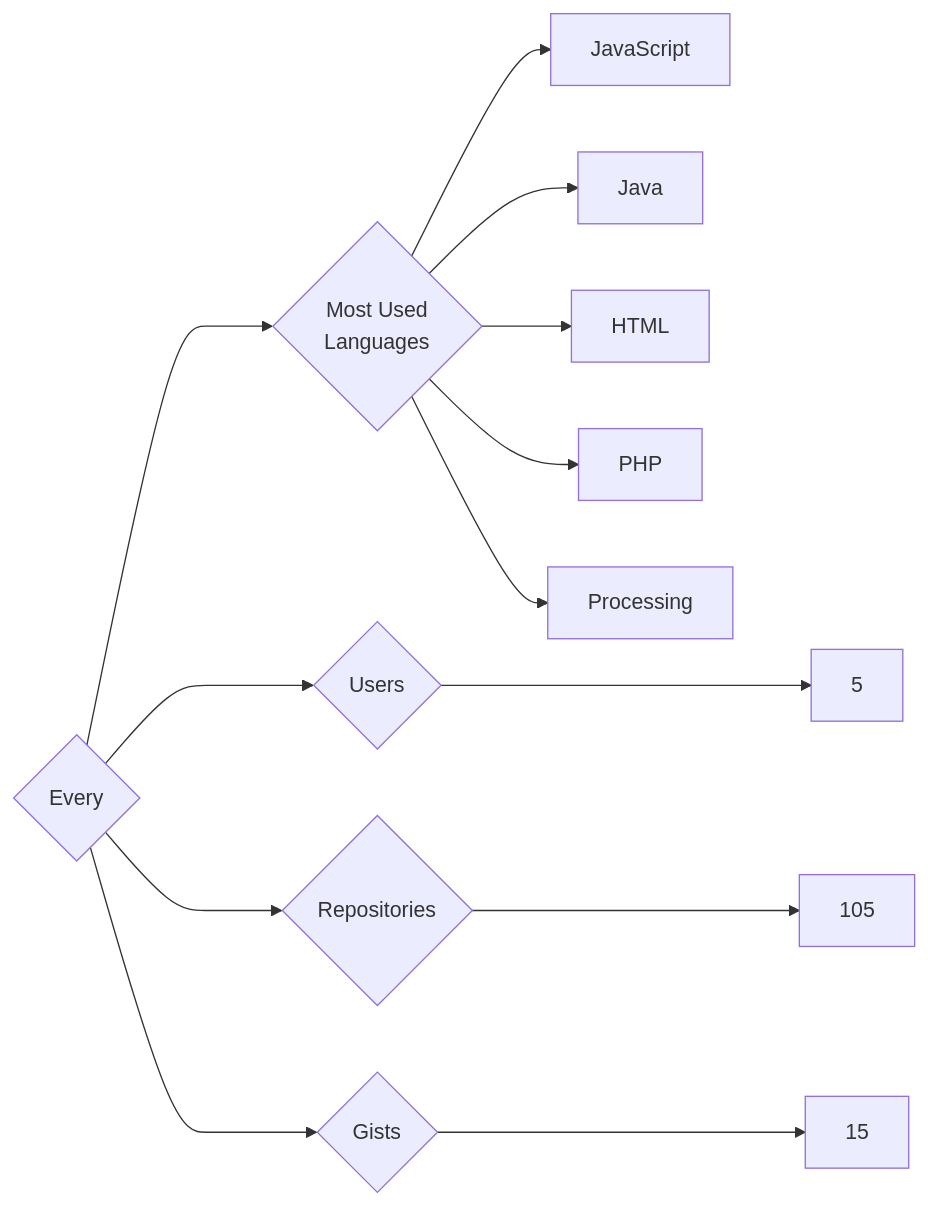
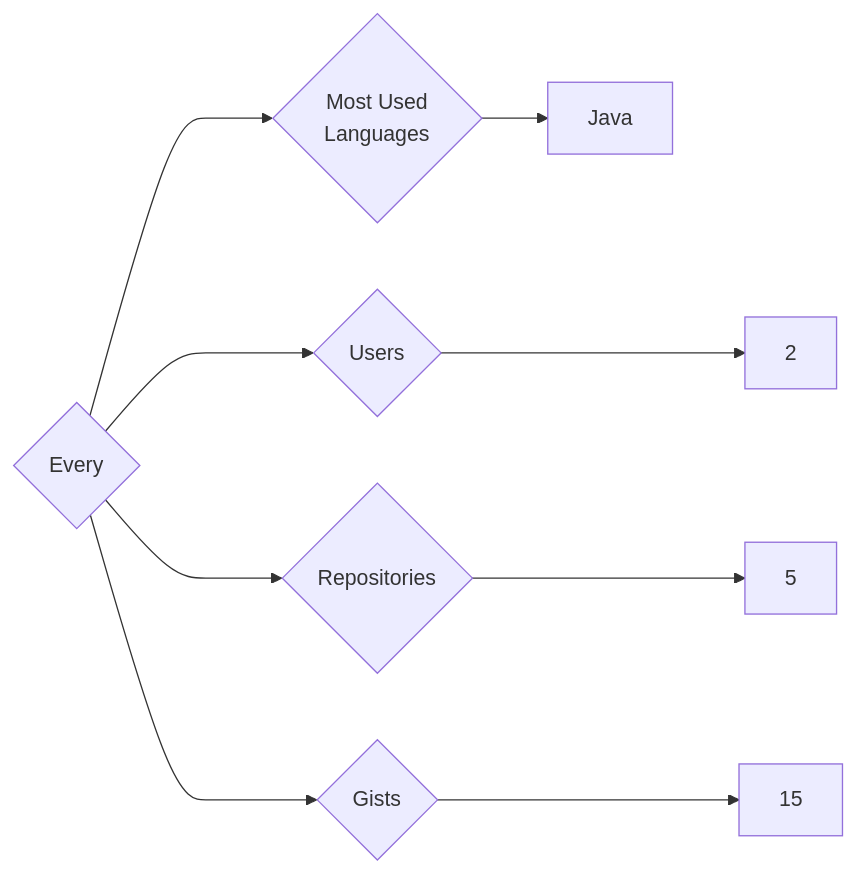
Before and after one commit to trickest/insiders: the diagram in targets/Every/README.md, drawn with Mermaid. The commit also changed 757 other files, not shown here.

````diff
--- a/targets/Every/README.md
+++ b/targets/Every/README.md
@@ -3,13 +3,9 @@
 ```mermaid
 graph LR
 COMPANY_NAME{Every}
-COMPANY_NAME ---> U{Users} ---> UN[5]
-COMPANY_NAME ---> R{Repositories} ---> RN[105]
+COMPANY_NAME ---> U{Users} ---> UN[2]
+COMPANY_NAME ---> R{Repositories} ---> RN[5]
 COMPANY_NAME ---> G{Gists} ---> GN[15]
 COMPANY_NAME ---> ML{Most Used<br>Languages}
-ML --> JavaScript[JavaScript]
 ML --> Java[Java]
-ML --> HTML[HTML]
-ML --> PHP[PHP]
-ML --> Processing[Processing]
 ```
````
